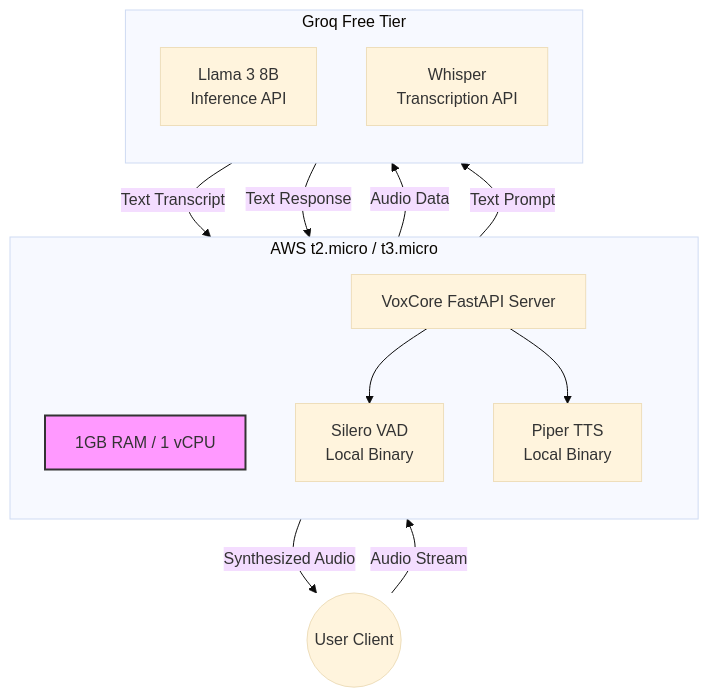
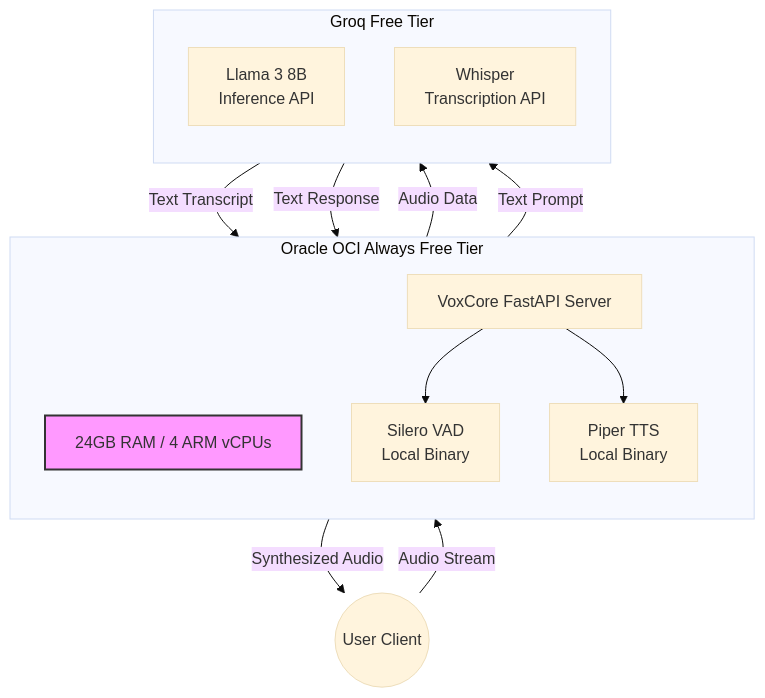
One commit to namanSR-dev/voxcore changed the diagram in docs/07-operations-and-deployment/01-infrastructure-and-costing.md. Above: the diagram before and after it, drawn with Mermaid (base theme). The commit also changed other lines of this file and 1 other file, not shown here.

Commit message:
docs(infrastructure): update deployment target and cost matrix to Oracle OCI Always Free Tier (ARM)

````diff
--- a/docs/07-operations-and-deployment/01-infrastructure-and-costing.md
+++ b/docs/07-operations-and-deployment/01-infrastructure-and-costing.md
@@ -9,29 +9,29 @@
 ```mermaid
 flowchart TD
-    subgraph AWS Free Tier [AWS t2.micro / t3.micro]
+    subgraph Oracle Cloud [Oracle OCI Always Free Tier]
         direction TB
-        RAM[1GB RAM / 1 vCPU]:::sysStyle
+        RAM[24GB RAM / 4 ARM vCPUs]:::sysStyle
         
         App[VoxCore FastAPI Server]
         VAD[Silero VAD\nLocal Binary]
         TTS[Piper TTS\nLocal Binary]
         
         App --> VAD
         App --> TTS
     end
 
     subgraph Groq Cloud [Groq Free Tier]
         direction TB
         LLM[Llama 3 8B\nInference API]
         STT[Whisper\nTranscription API]
     end
 
     User((User Client)) -- Audio Stream --> App
     App -- Audio Data --> STT
     STT -- Text Transcript --> App
     App -- Text Prompt --> LLM
     LLM -- Text Response --> App
     TTS -- Synthesized Audio --> User
 
     classDef sysStyle fill:#f9f,stroke:#333,stroke-width:2px;
 ```
````
